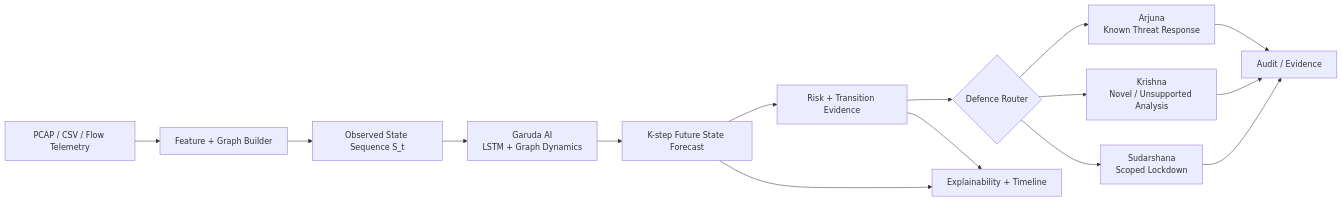
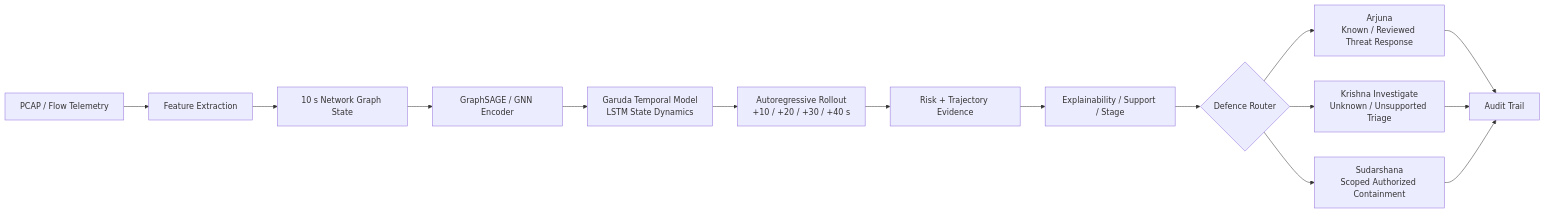
Before and after one commit to keshavchauhan15482-byte/defencekrishna: the diagram in README.md, drawn with Mermaid. The commit also changed other lines of this file, not shown here.

````diff
--- a/README.md
+++ b/README.md
@@ -39,17 +46,17 @@
 ```mermaid
 flowchart LR
-    A[PCAP / CSV / Flow Telemetry] --> B[Feature + Graph Builder]
-    B --> C[Observed State Sequence S_t]
-    C --> D[Garuda AI\nLSTM + Graph Dynamics]
-    D --> E[K-step Future State Forecast]
-    E --> F[Risk + Transition Evidence]
-    F --> G{Defence Router}
-    G --> H[Arjuna\nKnown Threat Response]
-    G --> I[Krishna\nNovel / Unsupported Analysis]
-    G --> J[Sudarshana\nScoped Lockdown]
-    E --> K[Explainability + Timeline]
-    F --> K
-    H --> L[Audit / Evidence]
-    I --> L
-    J --> L
+    A[PCAP / Flow Telemetry] --> B[Feature Extraction]
+    B --> C[10 s Network Graph State]
+    C --> D[GraphSAGE / GNN Encoder]
+    D --> E[Garuda Temporal Model\nLSTM State Dynamics]
+    E --> F[Autoregressive Rollout\n+10 / +20 / +30 / +40 s]
+    F --> G[Risk + Trajectory Evidence]
+    G --> H[Explainability / Support / Stage]
+    H --> I{Defence Router}
+    I --> J[Arjuna\nKnown / Reviewed Threat Response]
+    I --> K[Krishna Investigate\nUnknown / Unsupported Triage]
+    I --> L[Sudarshana\nScoped Authorized Containment]
+    J --> M[Audit Trail]
+    K --> M
+    L --> M
 ```
````
